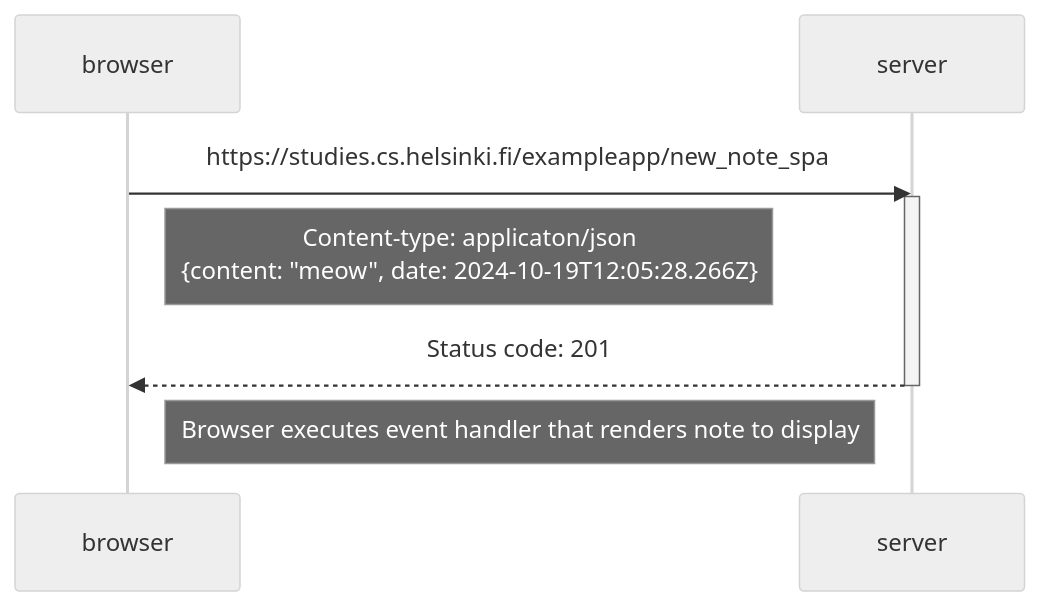
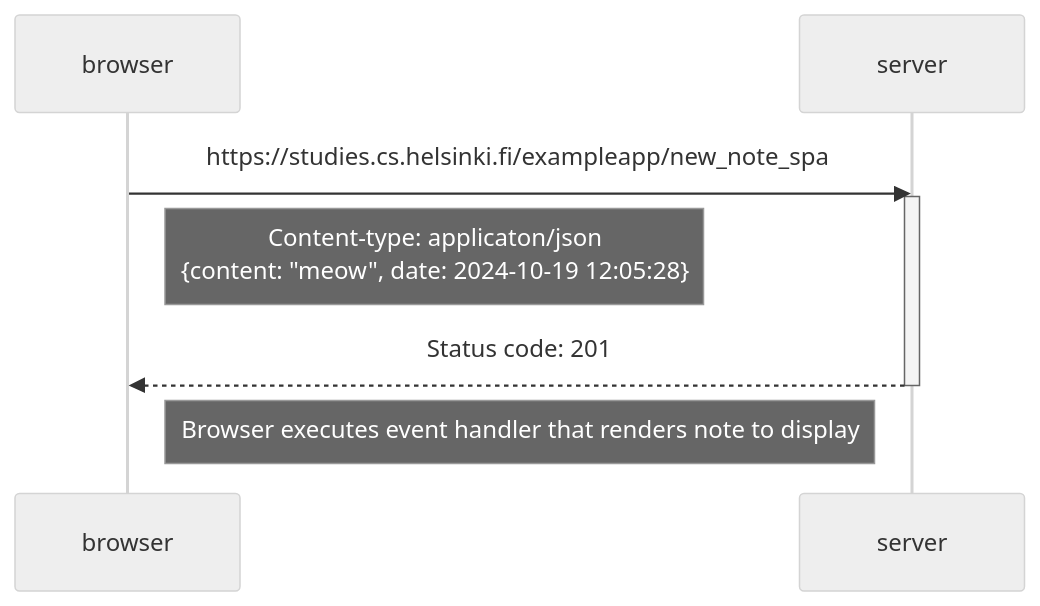
The diagram in part0/Exercise6.mmd (SXYII12RCHAS/fullstackopen), drawn with Mermaid (neutral theme) before and after one commit.

```diff
--- a/part0/Exercise6.mmd
+++ b/part0/Exercise6.mmd
@@ -1,11 +1,11 @@
 sequenceDiagram
 participant browser
 participant server
 
     browser->>server: https://studies.cs.helsinki.fi/exampleapp/new_note_spa
     activate server
-    Note right of browser: Content-type: applicaton/json <br />{content: "meow", date: 2024-10-19T12:05:28.266Z}
+    Note right of browser: Content-type: applicaton/json <br />{content: "meow", date: 2024-10-19 12:05:28}
     server-->>browser: Status code: 201
     deactivate server
 
     Note right of browser: Browser executes event handler that renders note to display
```
